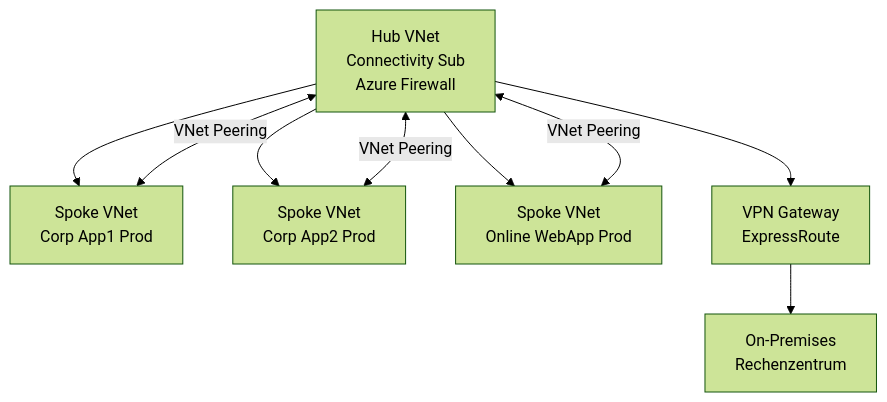
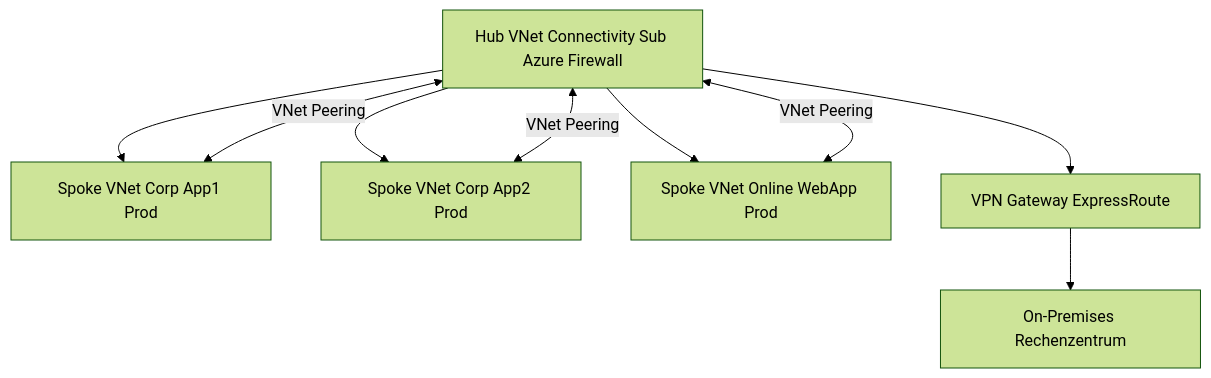
The third of 3 diagrams in Microsoft 365/Azure/Grundlagen/Azure Landing Zones.md (SoniiiT/notes-n-docs), drawn with Mermaid (forest theme) before and after one commit. The commit also changed other lines of this file and 124 other files, not shown here.

First line of the commit message:
fix: Entferne \n aus allen Mermaid-Diagrammen (125 Dateien)

````diff
--- a/Microsoft 365/Azure/Grundlagen/Azure Landing Zones.md
+++ b/Microsoft 365/Azure/Grundlagen/Azure Landing Zones.md
@@ -147,11 +147,11 @@
 ```mermaid
 graph TD
-    HUB[Hub VNet\nConnectivity Sub\nAzure Firewall] --> SPOKE1[Spoke VNet\nCorp App1 Prod]
-    HUB --> SPOKE2[Spoke VNet\nCorp App2 Prod]
-    HUB --> SPOKE3[Spoke VNet\nOnline WebApp Prod]
-    HUB --> GW[VPN Gateway\nExpressRoute]
-    GW --> ONPREM[On-Premises\nRechenzentrum]
+    HUB[Hub VNet Connectivity Sub Azure Firewall] --> SPOKE1[Spoke VNet Corp App1 Prod]
+    HUB --> SPOKE2[Spoke VNet Corp App2 Prod]
+    HUB --> SPOKE3[Spoke VNet Online WebApp Prod]
+    HUB --> GW[VPN Gateway ExpressRoute]
+    GW --> ONPREM[On-Premises Rechenzentrum]
     SPOKE1 <-->|VNet Peering| HUB
     SPOKE2 <-->|VNet Peering| HUB
     SPOKE3 <-->|VNet Peering| HUB
 ```
````
